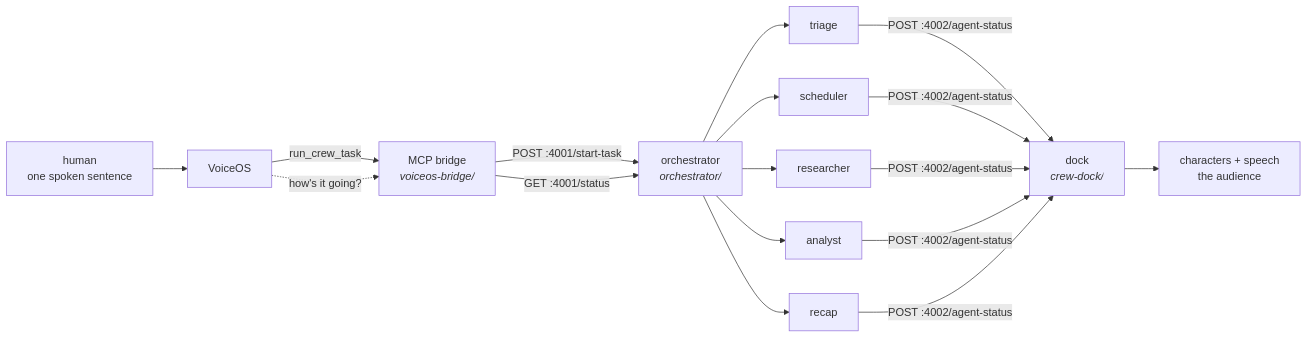
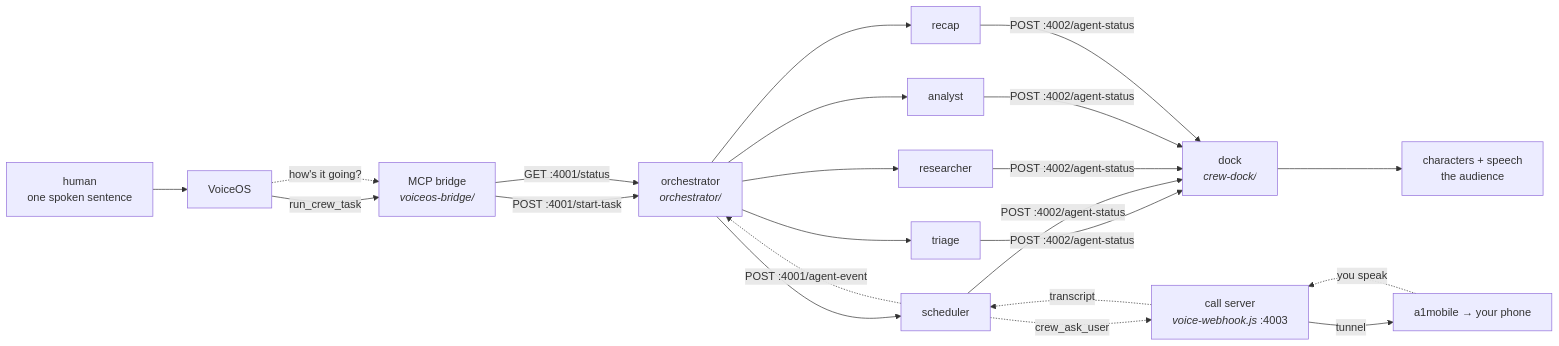
The diagram in README.md (vraj00222/crew), drawn with Mermaid before and after one commit. The commit also changed other lines of this file and 8 other files, not shown here.

First line of the commit message:
The crew can phone you, and the stage does not freeze while you answer

````diff
--- a/README.md
+++ b/README.md
@@ -84,15 +151,21 @@
 ```mermaid
 flowchart LR
     H["human<br/>one spoken sentence"] --> V[VoiceOS]
     V -->|"run_crew_task"| B["MCP bridge<br/><i>voiceos-bridge/</i>"]
     B -->|"POST :4001/start-task"| O["orchestrator<br/><i>orchestrator/</i>"]
     O --> A1["triage"]
     O --> A2["scheduler"]
     O --> A3["researcher"]
     O --> A4["analyst"]
     O --> A5["recap"]
     A1 & A2 & A3 & A4 & A5 -->|"POST :4002/agent-status"| D["dock<br/><i>crew-dock/</i>"]
     D --> S["characters + speech<br/>the audience"]
     B -->|"GET :4001/status"| O
     V -.->|"how's it going?"| B
+
+    A2 -.->|"crew_ask_user"| W["call server<br/><i>voice-webhook.js</i> :4003"]
+    W -->|"tunnel"| T["a1mobile → your phone"]
+    T -.->|"you speak"| W
+    W -.->|"transcript"| A2
+    A2 -.->|"POST :4001/agent-event"| O
 ```
````
